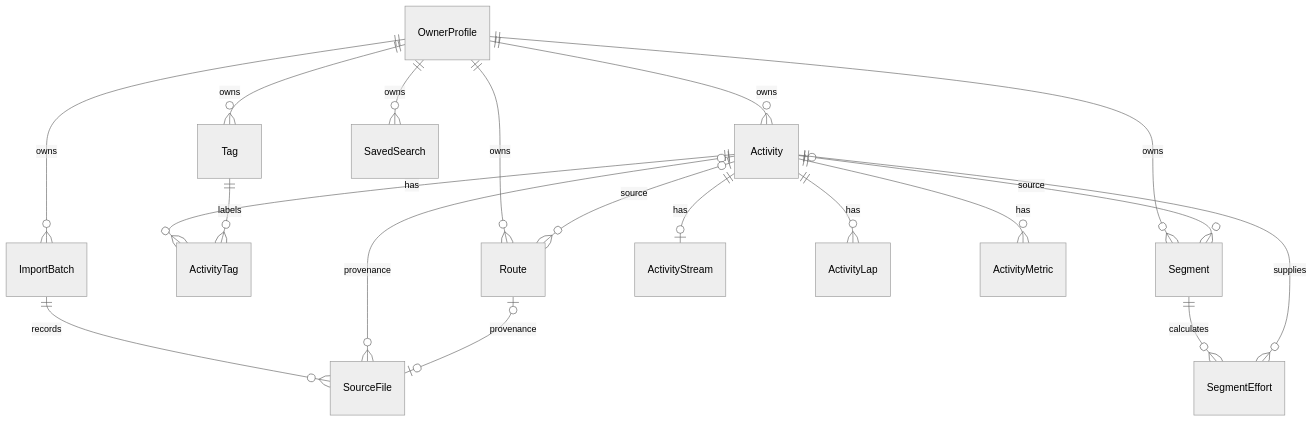
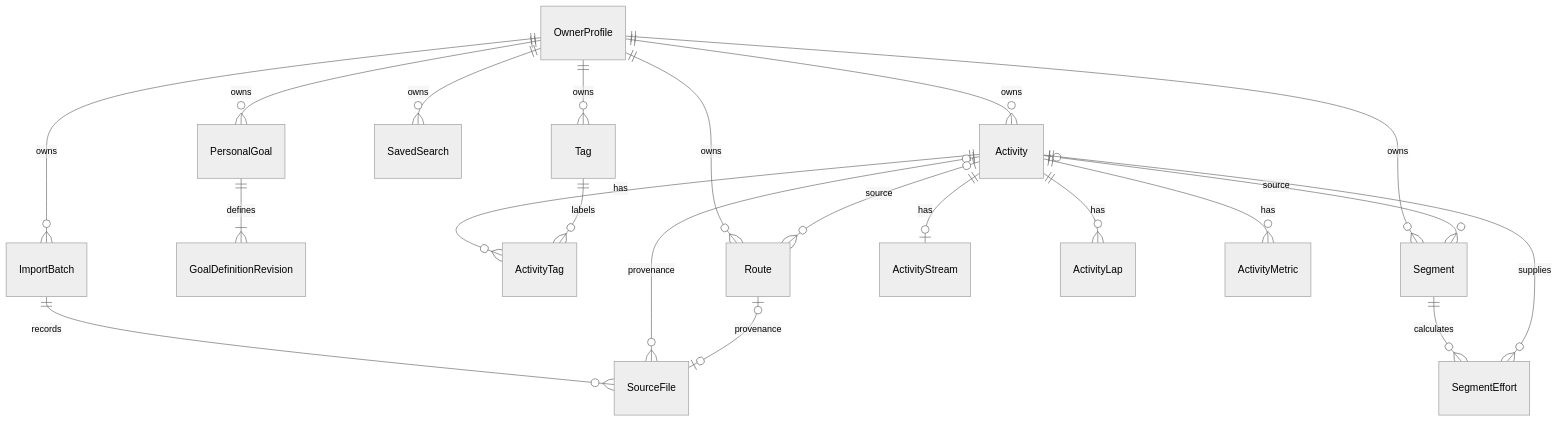
Before and after one commit to Peter537/activity-explorer: the second of 2 diagrams in docs/architecture.md, drawn with Mermaid (neutral theme). The commit also changed other lines of this file and 29 other files, not shown here.

```diff
--- a/docs/architecture.md
+++ b/docs/architecture.md
@@ -93,21 +105,23 @@
 ~~~mermaid
 erDiagram
     OwnerProfile ||--o{ ImportBatch : owns
     ImportBatch ||--o{ SourceFile : records
     OwnerProfile ||--o{ Activity : owns
     OwnerProfile ||--o{ Tag : owns
     OwnerProfile ||--o{ SavedSearch : owns
+    OwnerProfile ||--o{ PersonalGoal : owns
+    PersonalGoal ||--|{ GoalDefinitionRevision : defines
     Activity ||--o{ ActivityTag : has
     Tag ||--o{ ActivityTag : labels
     OwnerProfile ||--o{ Route : owns
     OwnerProfile ||--o{ Segment : owns
     Activity ||--o| ActivityStream : has
     Activity ||--o{ ActivityLap : has
     Activity ||--o{ ActivityMetric : has
     Activity o|--o{ SourceFile : provenance
     Route o|--o| SourceFile : provenance
     Activity o|--o{ Route : source
     Activity o|--o{ Segment : source
     Segment ||--o{ SegmentEffort : calculates
     Activity ||--o{ SegmentEffort : supplies
 ~~~
```
